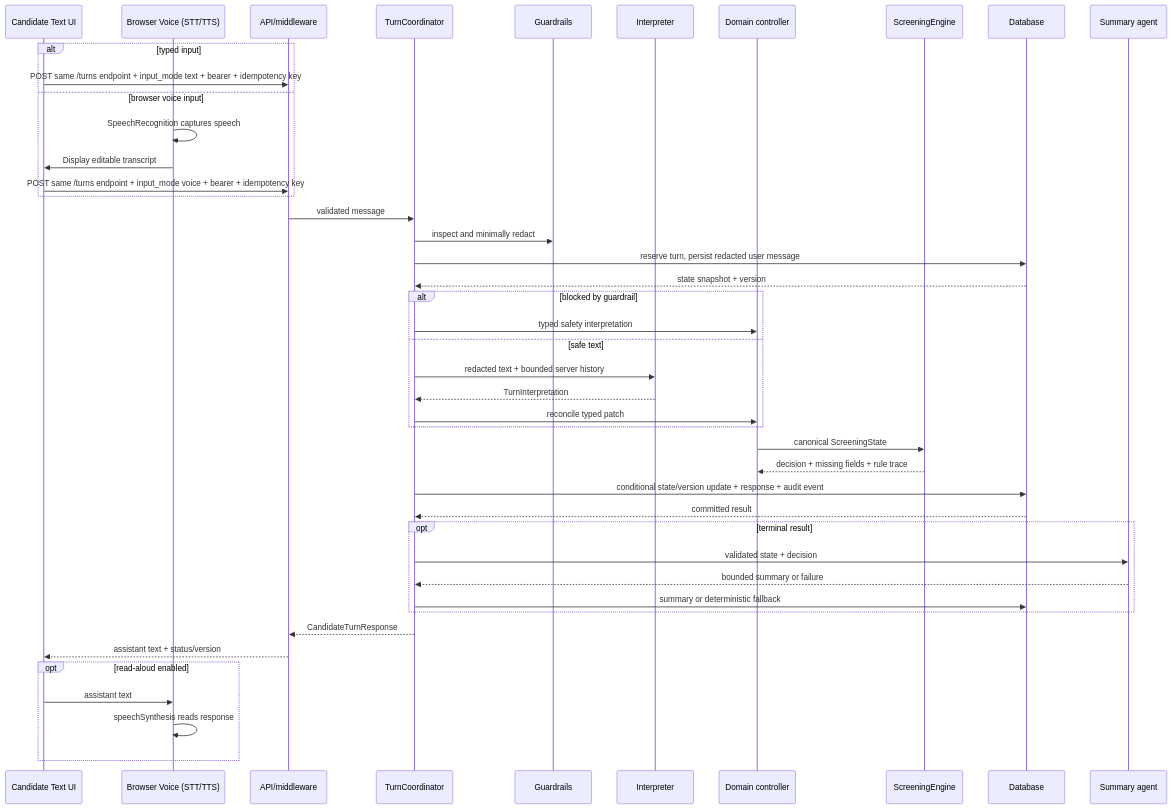
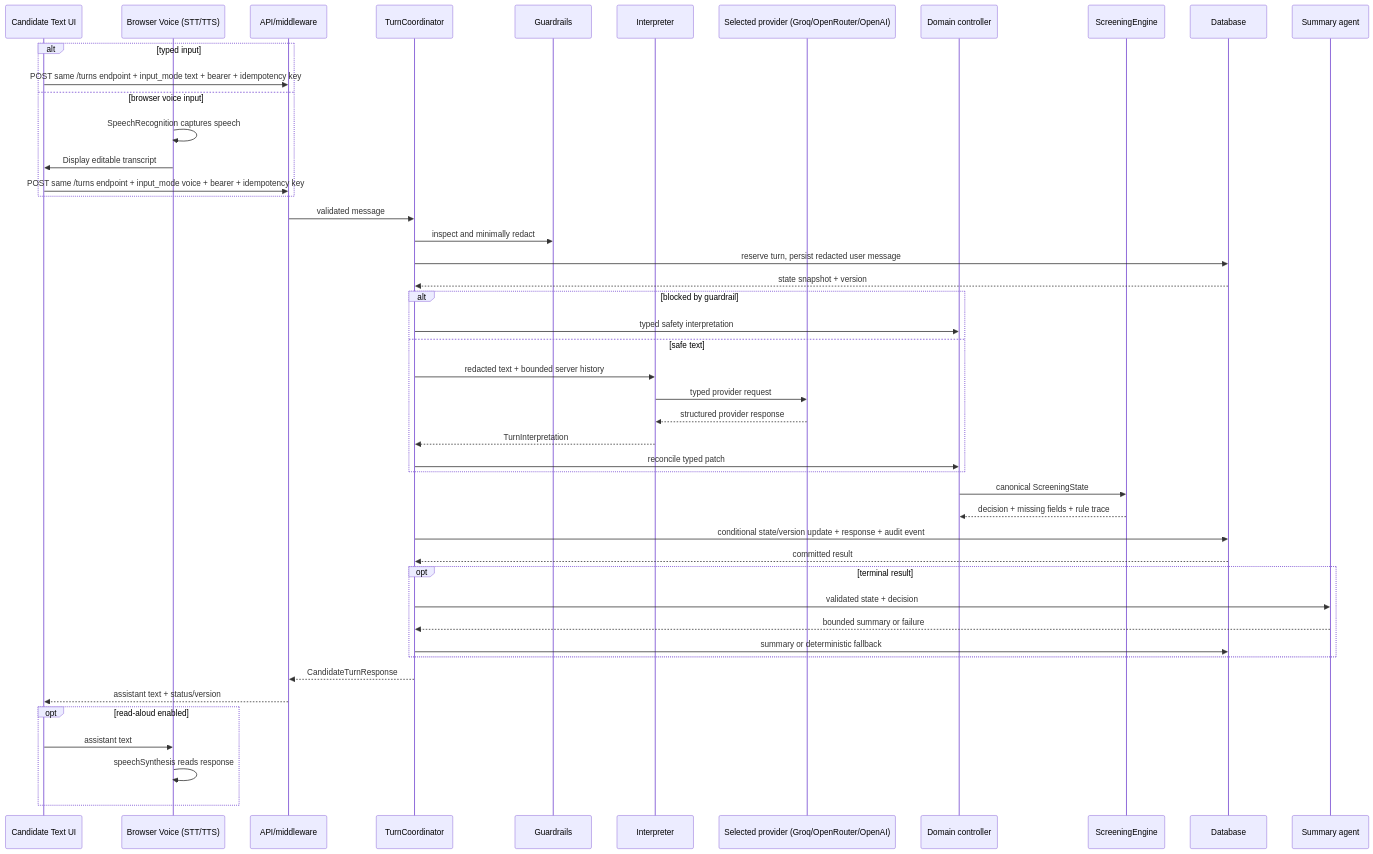
The second of 2 diagrams in docs/architecture.md (cadovid/ai-system-candidate-screening), drawn with Mermaid before and after one commit. The commit also changed other lines of this file and 21 other files, not shown here.

Commit message:
Add GroqCloud provider support

````diff
--- a/docs/architecture.md
+++ b/docs/architecture.md
@@ -125,47 +134,50 @@
 ```mermaid
 sequenceDiagram
   participant T as Candidate Text UI
   participant V as Browser Voice (STT/TTS)
   participant A as API/middleware
   participant C as TurnCoordinator
   participant G as Guardrails
   participant M as Interpreter
+  participant P as Selected provider (Groq/OpenRouter/OpenAI)
   participant D as Domain controller
   participant S as ScreeningEngine
   participant DB as Database
   participant H as Summary agent
 
   alt typed input
     T->>A: POST same /turns endpoint + input_mode text + bearer + idempotency key
   else browser voice input
     V->>V: SpeechRecognition captures speech
     V->>T: Display editable transcript
     T->>A: POST same /turns endpoint + input_mode voice + bearer + idempotency key
   end
   A->>C: validated message
   C->>G: inspect and minimally redact
   C->>DB: reserve turn, persist redacted user message
   DB-->>C: state snapshot + version
   alt blocked by guardrail
     C->>D: typed safety interpretation
   else safe text
     C->>M: redacted text + bounded server history
+    M->>P: typed provider request
+    P-->>M: structured provider response
     M-->>C: TurnInterpretation
     C->>D: reconcile typed patch
   end
   D->>S: canonical ScreeningState
   S-->>D: decision + missing fields + rule trace
   C->>DB: conditional state/version update + response + audit event
   DB-->>C: committed result
   opt terminal result
     C->>H: validated state + decision
     H-->>C: bounded summary or failure
     C->>DB: summary or deterministic fallback
   end
   C-->>A: CandidateTurnResponse
   A-->>T: assistant text + status/version
   opt read-aloud enabled
     T->>V: assistant text
     V->>V: speechSynthesis reads response
   end
 ```
````
